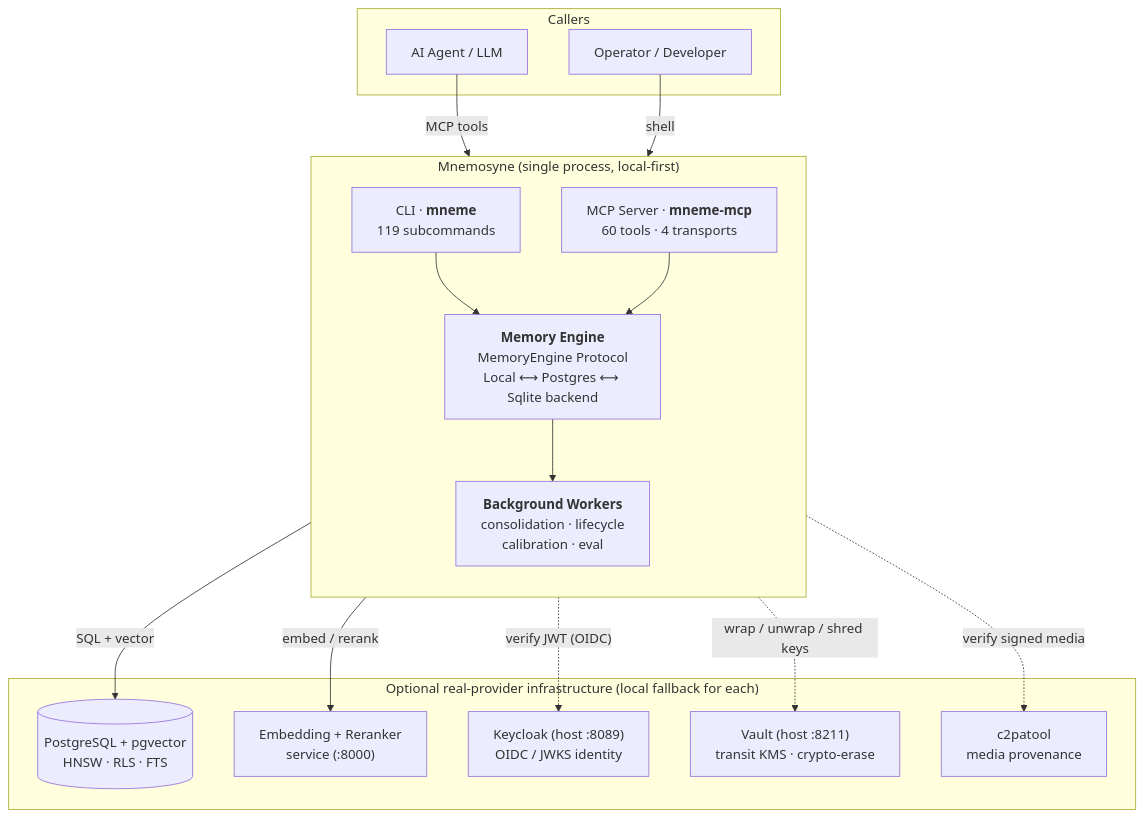
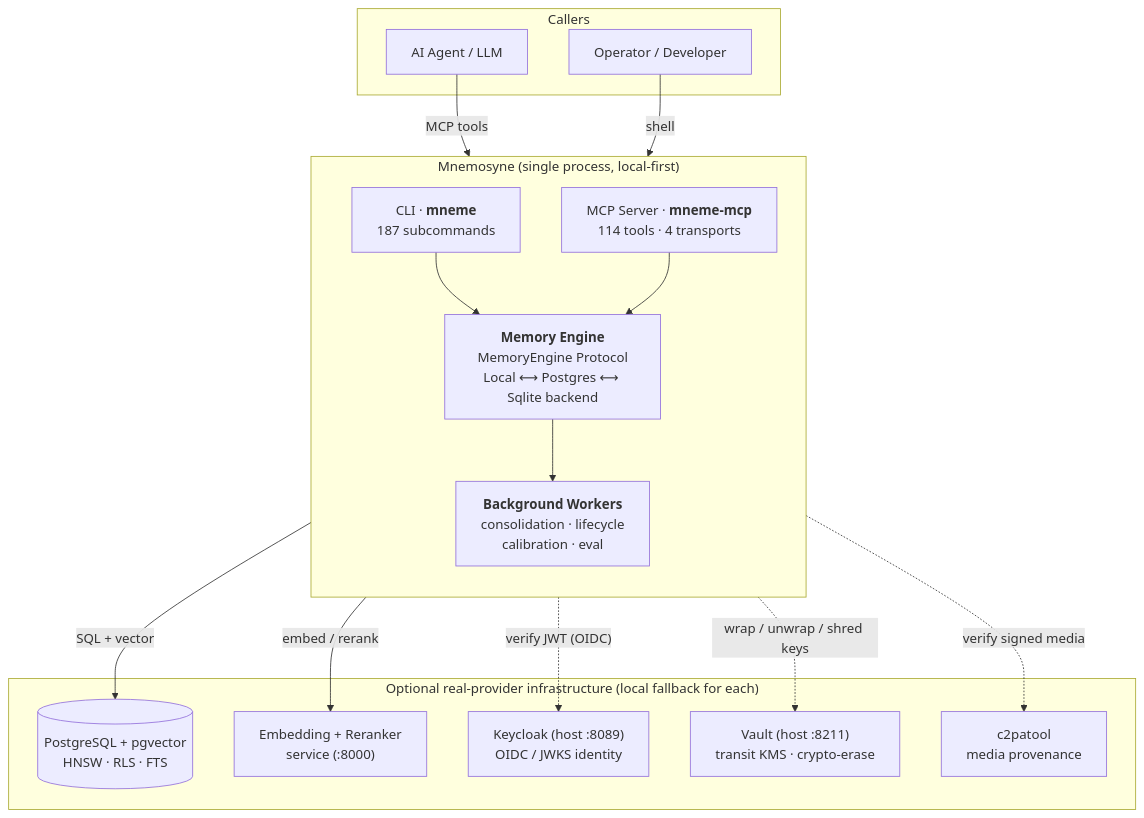
One commit to onfire7777/Mnemosyne changed the first of 8 diagrams in docs/ARCHITECTURE-OVERVIEW.md. Above: the diagram before and after it, drawn with Mermaid. The commit also changed other lines of this file and 38 other files, not shown here.

````diff
--- a/docs/ARCHITECTURE-OVERVIEW.md
+++ b/docs/ARCHITECTURE-OVERVIEW.md
@@ -39,34 +39,34 @@
 ```mermaid
 flowchart TB
     subgraph clients["Callers"]
         AGENT["AI Agent / LLM"]
         HUMAN["Operator / Developer"]
     end
 
     subgraph mneme["Mnemosyne (single process, local-first)"]
         direction TB
-        CLI["CLI · <b>mneme</b><br/>119 subcommands"]
-        MCP["MCP Server · <b>mneme-mcp</b><br/>60 tools · 4 transports"]
+        CLI["CLI · <b>mneme</b><br/>187 subcommands"]
+        MCP["MCP Server · <b>mneme-mcp</b><br/>114 tools · 4 transports"]
         ENGINE["<b>Memory Engine</b><br/>MemoryEngine Protocol<br/>Local ⟷ Postgres ⟷ Sqlite backend"]
         WORK["<b>Background Workers</b><br/>consolidation · lifecycle<br/>calibration · eval"]
         CLI --> ENGINE
         MCP --> ENGINE
         ENGINE --> WORK
     end
 
     subgraph infra["Optional real-provider infrastructure (local fallback for each)"]
         PG[("PostgreSQL + pgvector<br/>HNSW · RLS · FTS")]
         EMB["Embedding + Reranker<br/>service (:8000)"]
         KC["Keycloak (host :8089)<br/>OIDC / JWKS identity"]
         VAULT["Vault (host :8211)<br/>transit KMS · crypto-erase"]
         C2PA["c2patool<br/>media provenance"]
     end
 
     AGENT -->|"MCP tools"| MCP
     HUMAN -->|"shell"| CLI
     ENGINE -->|"SQL + vector"| PG
     ENGINE -->|"embed / rerank"| EMB
     ENGINE -. "verify JWT (OIDC)" .-> KC
     ENGINE -. "wrap / unwrap / shred keys" .-> VAULT
     ENGINE -. "verify signed media" .-> C2PA
 ```
````
